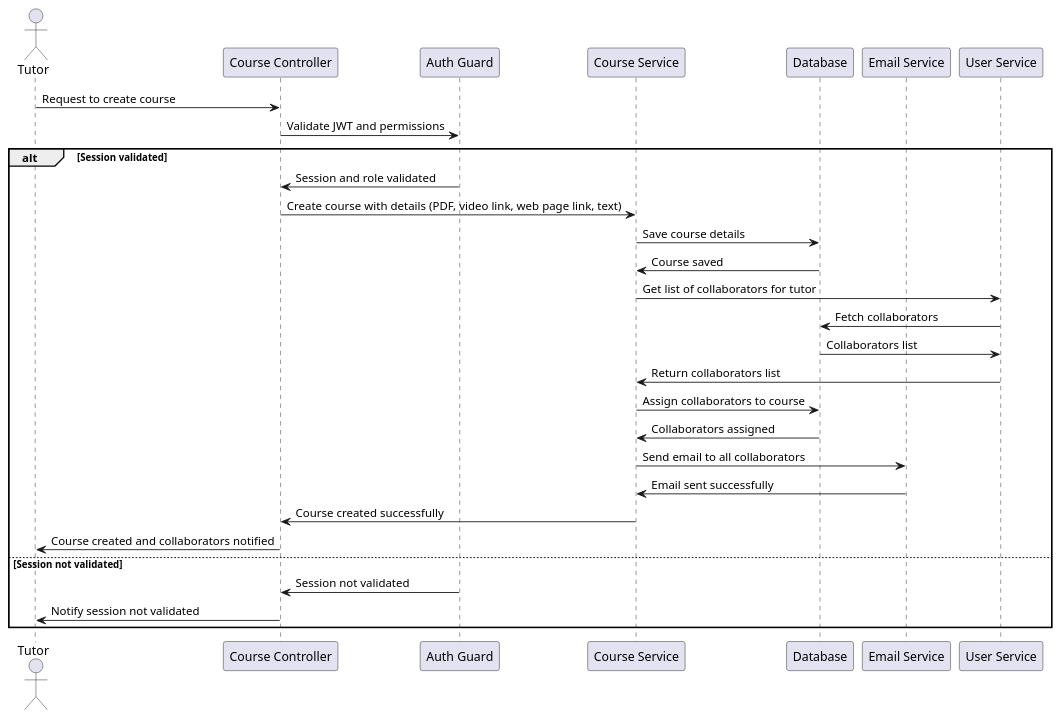
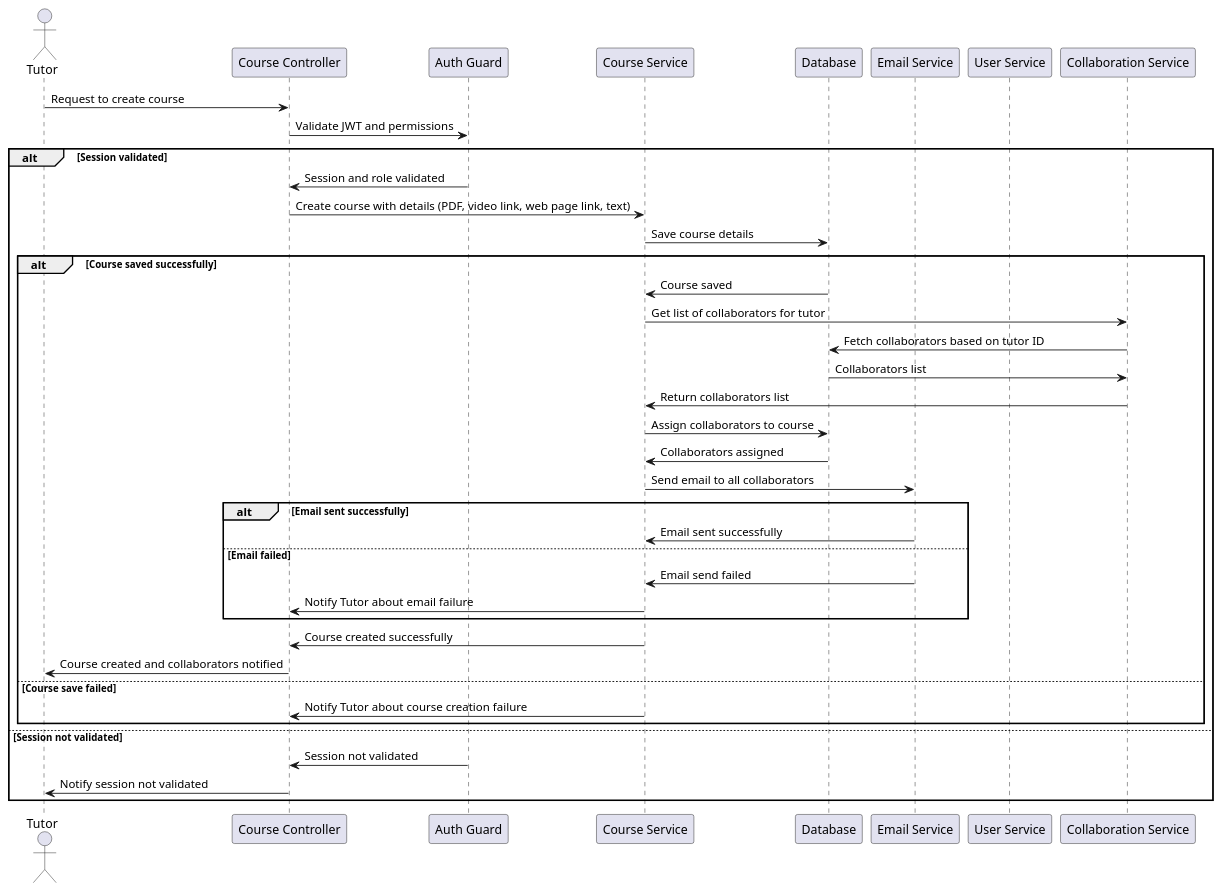
One commit to Davidben75/Elearn_api changed the diagram in UML/sequence/sequence_course_creation.pu. Above: the diagram before and after it, drawn with PlantUML. The commit also changed 5 other files, not shown here.

Commit message:
update class, erd, sequence and  usecase diagram

```diff
--- a/UML/sequence/sequence_course_creation.pu
+++ b/UML/sequence/sequence_course_creation.pu
@@ -1,38 +1,50 @@
-@startuml 'Course creation with centralized service logic'
+@startuml 'Course creation with centralized service logic and error handling'
 
 actor Tutor
 participant "Course Controller" as CourseController
 participant "Auth Guard" as AuthGuard
 participant "Course Service" as CourseService
 participant "Database" as Database
 participant "Email Service" as EmailService
 participant "User Service" as UsersService
+participant "Collaboration Service" as CollaborationService
 
 Tutor -> CourseController: Request to create course
 CourseController -> AuthGuard: Validate JWT and permissions
+
 alt Session validated
     AuthGuard -> CourseController: Session and role validated
     CourseController -> CourseService: Create course with details (PDF, video link, web page link, text)
 
     CourseService -> Database: Save course details
-    Database -> CourseService: Course saved
+    alt Course saved successfully
+        Database -> CourseService: Course saved
 
-    CourseService -> UsersService: Get list of collaborators for tutor
-    UsersService -> Database: Fetch collaborators
-    Database -> UsersService: Collaborators list
-    UsersService -> CourseService: Return collaborators list
+        CourseService -> CollaborationService: Get list of collaborators for tutor
+        CollaborationService -> Database: Fetch collaborators based on tutor ID
+        Database -> CollaborationService: Collaborators list
+        CollaborationService -> CourseService: Return collaborators list
 
-    CourseService -> Database: Assign collaborators to course
-    Database -> CourseService: Collaborators assigned
+        CourseService -> Database: Assign collaborators to course
+        Database -> CourseService: Collaborators assigned
 
-    CourseService -> EmailService: Send email to all collaborators
-    EmailService -> CourseService: Email sent successfully
+        CourseService -> EmailService: Send email to all collaborators
+        alt Email sent successfully
+            EmailService -> CourseService: Email sent successfully
+        else Email failed
+            EmailService -> CourseService: Email send failed
+            CourseService -> CourseController: Notify Tutor about email failure
+        end
 
-    CourseService -> CourseController: Course created successfully
-    CourseController -> Tutor: Course created and collaborators notified
+        CourseService -> CourseController: Course created successfully
+        CourseController -> Tutor: Course created and collaborators notified
+    else Course save failed
+        CourseService -> CourseController: Notify Tutor about course creation failure
+    end
+
 else Session not validated
     AuthGuard -> CourseController: Session not validated
     CourseController -> Tutor: Notify session not validated
 end
 
 @enduml
```
